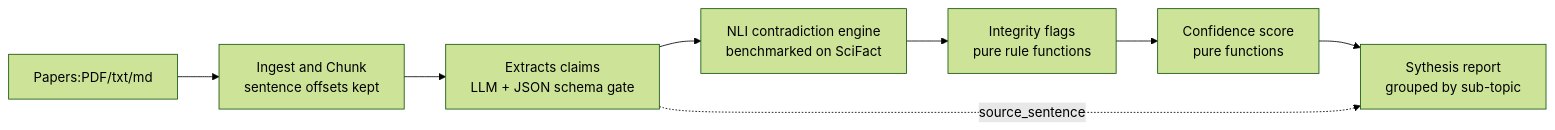
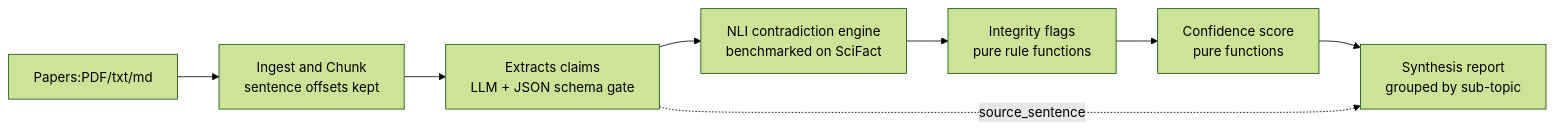
Before and after one commit to Shashankjha27/A_Researcher: the diagram in README.md, drawn with Mermaid (forest theme). The commit also changed other lines of this file and 20 other files, not shown here.

````diff
--- a/README.md
+++ b/README.md
@@ -32,10 +32,10 @@
 ```mermaid
 flowchart LR
   A[Papers:PDF/txt/md] --> B[Ingest and Chunk<br/>sentence offsets kept]
   B --> C[Extracts claims<br/>LLM + JSON schema gate]
   C --> D[NLI contradiction engine<br/> benchmarked on SciFact]
   D --> E[Integrity flags<br/>pure rule functions]
   E --> F[Confidence score<br/> pure functions]
-  F --> G[Sythesis report<br/>grouped by sub-topic]
+  F --> G[Synthesis report<br/>grouped by sub-topic]
   C -.source_sentence.-> G
 ```
````
